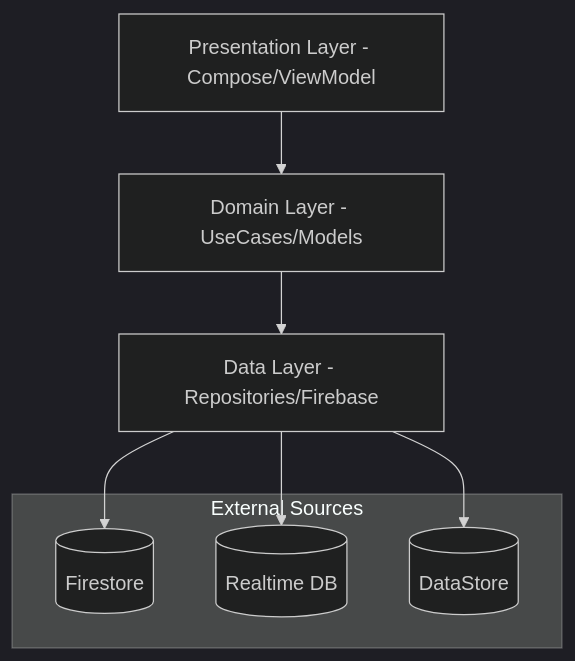
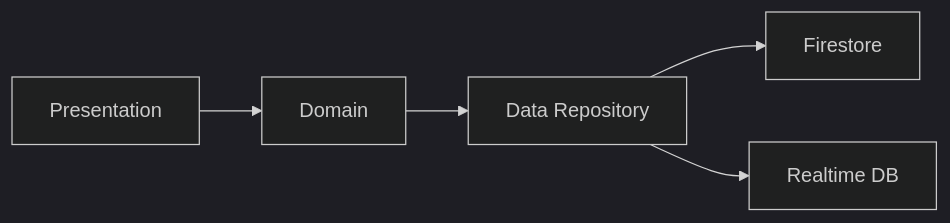
Before and after one commit to Amrut735/RouteX: the diagram in README.md, drawn with Mermaid (dark theme). The commit also changed other lines of this file and 1 other file, not shown here.

````diff
--- a/README.md
+++ b/README.md
@@ -41,15 +63,7 @@
 ```mermaid
-graph TD
-    UI[Presentation Layer - Compose/ViewModel] --> Domain[Domain Layer - UseCases/Models]
-    Domain --> Data[Data Layer - Repositories/Firebase]
-    
-    subgraph "External Sources"
-        Firestore[(Firestore)]
-        RTDB[(Realtime DB)]
-        Storage[(DataStore)]
-    end
-    
-    Data --> Firestore
-    Data --> RTDB
-    Data --> Storage
+graph LR
+    P[Presentation] --> D[Domain]
+    D --> Da[Data Repository]
+    Da --> F[Firestore]
+    Da --> R[Realtime DB]
 ```
````
